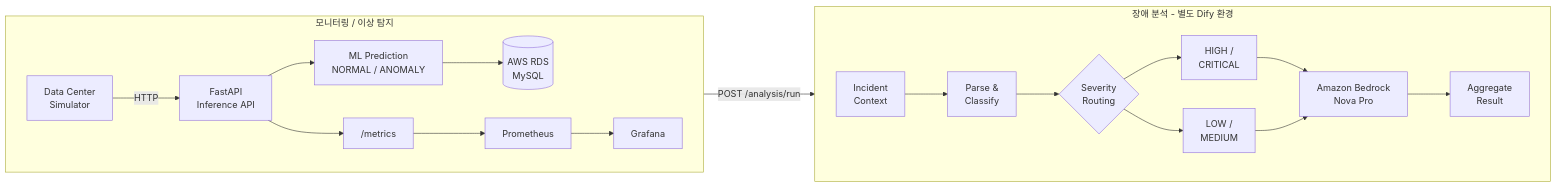
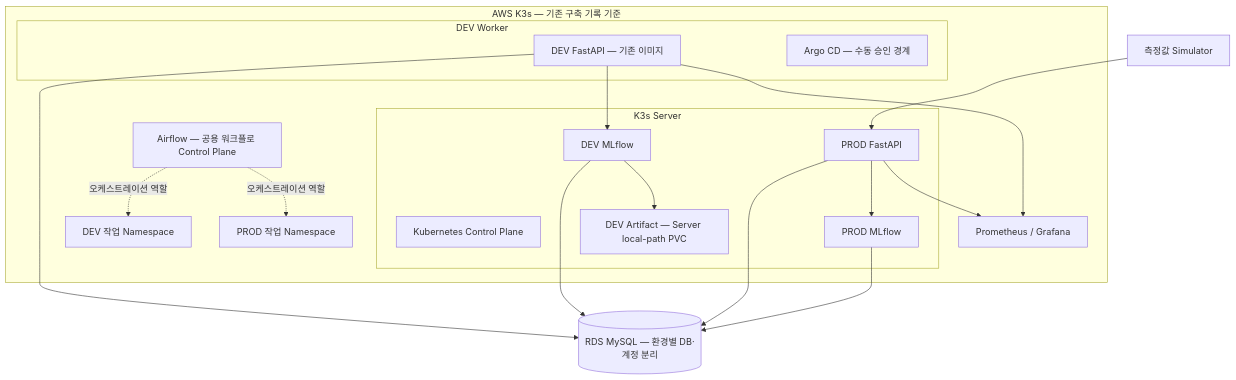
One commit to Shinsangseok/datacenter-project changed the first of 3 diagrams in README.md. Above: the diagram before and after it, drawn with Mermaid. The commit also changed other lines of this file, not shown here.

Commit message:
docs: refresh project README with verified AWS architecture (#6)

````diff
--- a/README.md
+++ b/README.md
@@ -13,24 +26,33 @@
 ```mermaid
-flowchart LR
-    subgraph MON["모니터링 / 이상 탐지"]
-        direction LR
-        S["Data Center<br/>Simulator"] -->|HTTP| API["FastAPI<br/>Inference API"]
-        API --> ML["ML Prediction<br/>NORMAL / ANOMALY"]
-        ML --> RDS[("AWS RDS<br/>MySQL")]
-        API --> MET["/metrics"]
-        MET --> PROM["Prometheus"]
-        PROM --> GRAF["Grafana"]
+flowchart TB
+    subgraph AWS["AWS K3s — 기존 구축 기록 기준"]
+        subgraph SERVER["K3s Server"]
+            CP["Kubernetes Control Plane"]
+            PROD["PROD FastAPI"]
+            MDEV["DEV MLflow"]
+            MPROD["PROD MLflow"]
+            ART["DEV Artifact — Server local-path PVC"]
+        end
+        subgraph WORKER["DEV Worker"]
+            DEV["DEV FastAPI — 기존 이미지"]
+            ARGO["Argo CD — 수동 승인 경계"]
+        end
+        SHARED["Airflow — 공용 워크플로 Control Plane"]
+        DEVJOB["DEV 작업 Namespace"]
+        PRODJOB["PROD 작업 Namespace"]
+        OBS["Prometheus / Grafana"]
     end
-
-    subgraph GEN["장애 분석 - 별도 Dify 환경"]
-        direction LR
-        CTX["Incident<br/>Context"] --> PARSE["Parse &<br/>Classify"]
-        PARSE --> ROUTE{"Severity<br/>Routing"}
-        ROUTE --> HC["HIGH /<br/>CRITICAL"]
-        ROUTE --> LM["LOW /<br/>MEDIUM"]
-        HC --> BED["Amazon Bedrock<br/>Nova Pro"]
-        LM --> BED
-        BED --> AGG["Aggregate<br/>Result"]
-    end
-    API -->|POST /analysis/run| CTX
+    RDS[("RDS MySQL — 환경별 DB·계정 분리")]
+    SIM["측정값 Simulator"] --> PROD
+    PROD --> RDS
+    DEV --> RDS
+    DEV --> MDEV
+    PROD --> MPROD
+    MDEV --> RDS
+    MPROD --> RDS
+    MDEV --> ART
+    SHARED -. "오케스트레이션 역할" .-> DEVJOB
+    SHARED -. "오케스트레이션 역할" .-> PRODJOB
+    PROD --> OBS
+    DEV --> OBS
 ```
````
